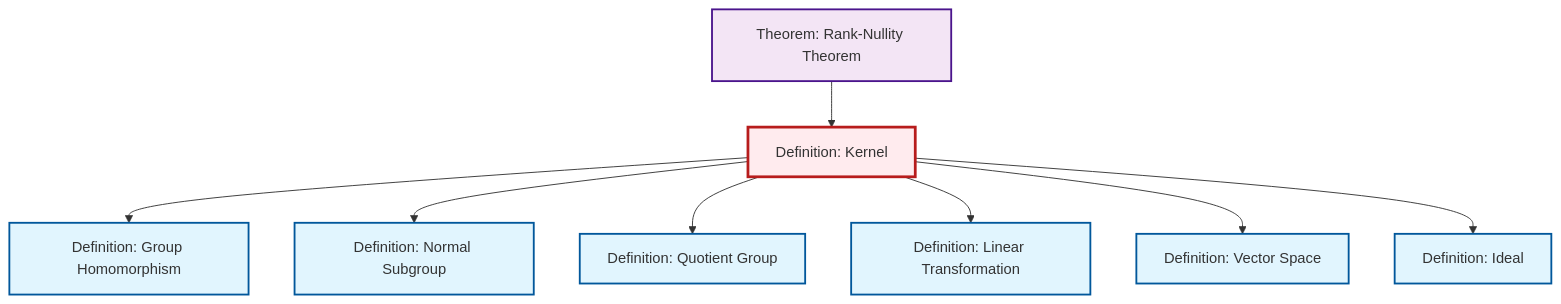
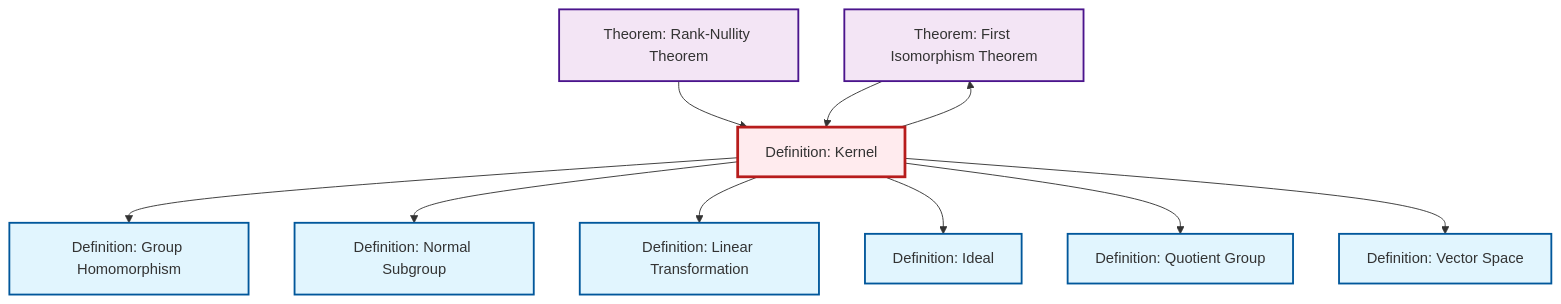
The diagram in content/ja/algebra/def-kernel.qmd (RK0429/ModernMath), drawn with Mermaid before and after one commit. The commit also changed 615 other files, not shown here.

````diff
--- a/content/ja/algebra/def-kernel.qmd
+++ b/content/ja/algebra/def-kernel.qmd
@@ -80,32 +80,36 @@
 ```{mermaid}
 %%| fig-cap: "Local dependency graph"
 graph TD
     classDef definition fill:#e1f5fe,stroke:#01579b,stroke-width:2px
     classDef theorem fill:#f3e5f5,stroke:#4a148c,stroke-width:2px
     classDef axiom fill:#fff3e0,stroke:#e65100,stroke-width:2px
     classDef example fill:#e8f5e9,stroke:#1b5e20,stroke-width:2px
     classDef current fill:#ffebee,stroke:#b71c1c,stroke-width:3px
+    thm-first-isomorphism["Theorem: First Isomorphism Theorem"]:::theorem
+    def-homomorphism["Definition: Group Homomorphism"]:::definition
+    def-linear-transformation["Definition: Linear Transformation"]:::definition
+    def-vector-space["Definition: Vector Space"]:::definition
+    def-kernel["Definition: Kernel"]:::definition
     def-ideal["Definition: Ideal"]:::definition
+    thm-rank-nullity["Theorem: Rank-Nullity Theorem"]:::theorem
+    def-normal-subgroup["Definition: Normal Subgroup"]:::definition
     def-quotient-group["Definition: Quotient Group"]:::definition
-    def-linear-transformation["Definition: Linear Transformation"]:::definition
-    def-kernel["Definition: Kernel"]:::definition
-    def-vector-space["Definition: Vector Space"]:::definition
-    def-normal-subgroup["Definition: Normal Subgroup"]:::definition
-    thm-rank-nullity["Theorem: Rank-Nullity Theorem"]:::theorem
-    def-homomorphism["Definition: Group Homomorphism"]:::definition
+    thm-rank-nullity --> def-kernel
     def-kernel --> def-homomorphism
     def-kernel --> def-normal-subgroup
+    thm-first-isomorphism --> def-kernel
+    def-kernel --> def-linear-transformation
+    def-kernel --> thm-first-isomorphism
+    def-kernel --> def-ideal
     def-kernel --> def-quotient-group
-    def-kernel --> def-linear-transformation
     def-kernel --> def-vector-space
-    thm-rank-nullity --> def-kernel
-    def-kernel --> def-ideal
     class def-kernel current
-    click def-ideal "def-ideal.html" "Definition: Idealへ"
-    click def-quotient-group "def-quotient-group.html" "Definition: Quotient Groupへ"
+    click thm-first-isomorphism "thm-first-isomorphism.html" "Theorem: First Isomorphism Theoremへ"
+    click def-homomorphism "def-homomorphism.html" "Definition: Group Homomorphismへ"
     click def-linear-transformation "def-linear-transformation.html" "Definition: Linear Transformationへ"
     click def-vector-space "def-vector-space.html" "Definition: Vector Spaceへ"
+    click def-ideal "def-ideal.html" "Definition: Idealへ"
+    click thm-rank-nullity "thm-rank-nullity.html" "Theorem: Rank-Nullity Theoremへ"
     click def-normal-subgroup "def-normal-subgroup.html" "Definition: Normal Subgroupへ"
-    click thm-rank-nullity "thm-rank-nullity.html" "Theorem: Rank-Nullity Theoremへ"
-    click def-homomorphism "def-homomorphism.html" "Definition: Group Homomorphismへ"
+    click def-quotient-group "def-quotient-group.html" "Definition: Quotient Groupへ"
 ```
````
